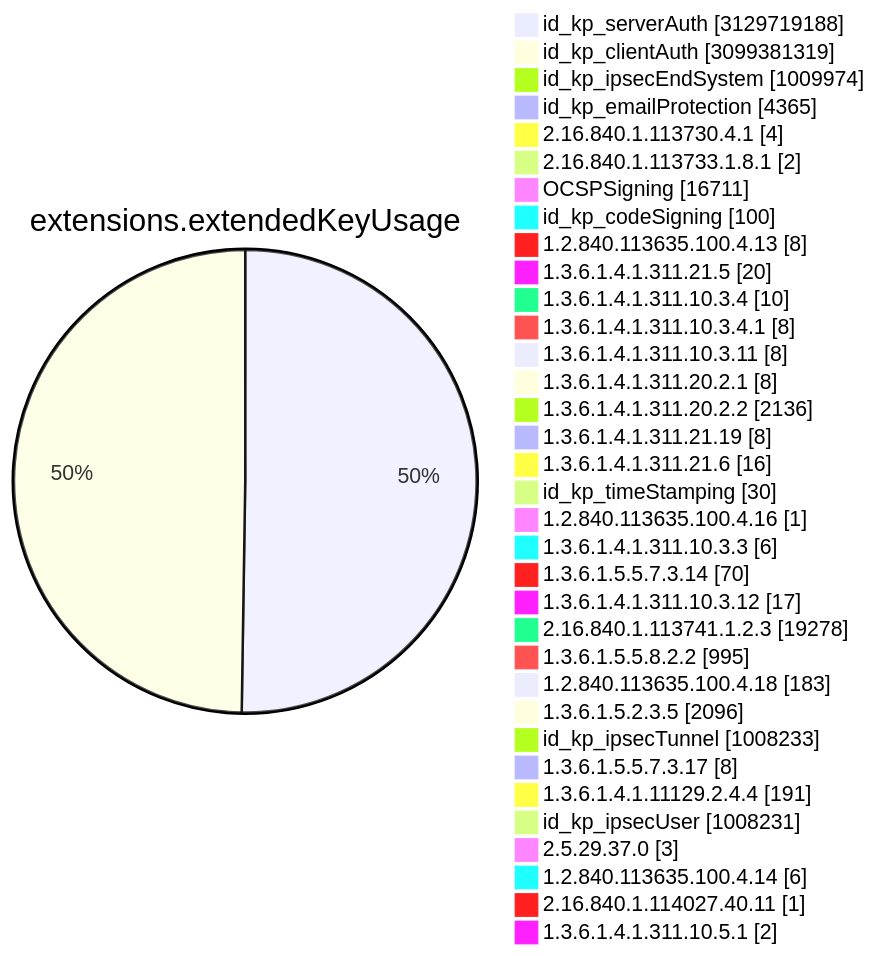
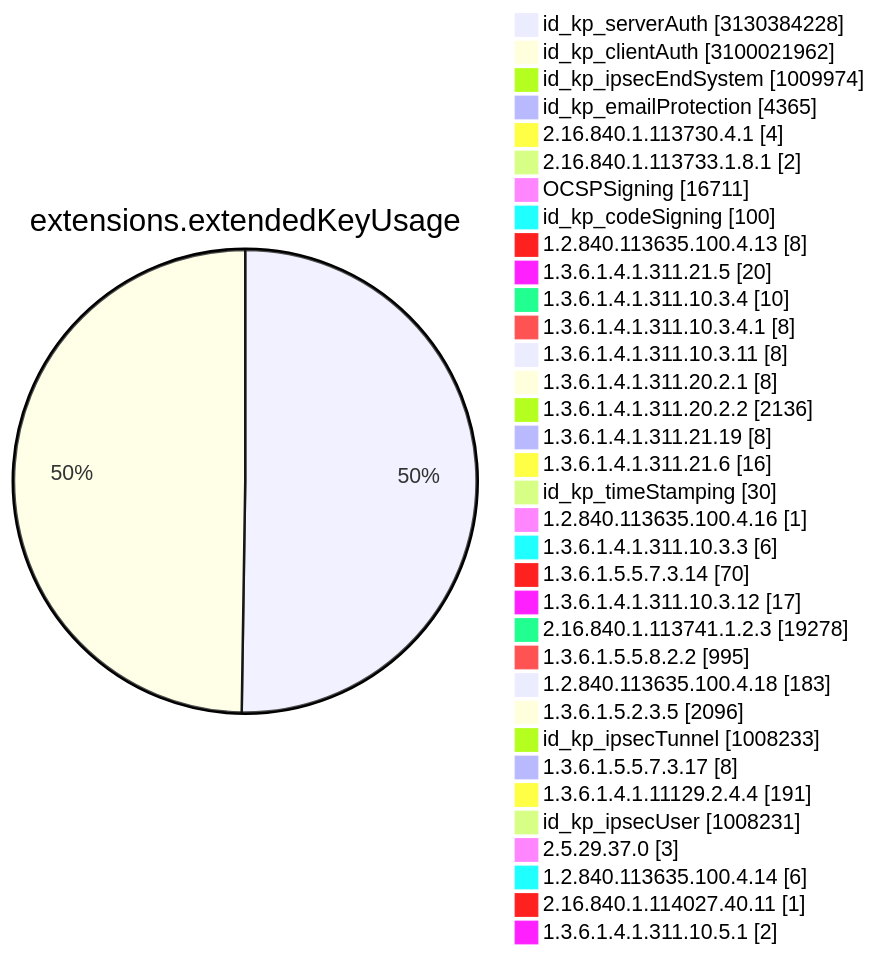
Diagram 11 of 15 in TOTAL/README.md (christiankrug/ctmonitor_visualization), drawn with Mermaid before and after one commit. The commit also changed other lines of this file, not shown here.

````diff
--- a/TOTAL/README.md
+++ b/TOTAL/README.md
@@ -4117,38 +4117,38 @@
 ```mermaid
 pie showData
 title extensions.extendedKeyUsage
-"id_kp_serverAuth" :3129719188
-"id_kp_clientAuth" :3099381319
+"id_kp_serverAuth" :3130384228
+"id_kp_clientAuth" :3100021962
 "id_kp_ipsecEndSystem" :1009974
 "id_kp_emailProtection" :4365
 "2.16.840.1.113730.4.1" :4
 "2.16.840.1.113733.1.8.1" :2
 "OCSPSigning" :16711
 "id_kp_codeSigning" :100
 "1.2.840.113635.100.4.13" :8
 "1.3.6.1.4.1.311.21.5" :20
 "1.3.6.1.4.1.311.10.3.4" :10
 "1.3.6.1.4.1.311.10.3.4.1" :8
 "1.3.6.1.4.1.311.10.3.11" :8
 "1.3.6.1.4.1.311.20.2.1" :8
 "1.3.6.1.4.1.311.20.2.2" :2136
 "1.3.6.1.4.1.311.21.19" :8
 "1.3.6.1.4.1.311.21.6" :16
 "id_kp_timeStamping" :30
 "1.2.840.113635.100.4.16" :1
 "1.3.6.1.4.1.311.10.3.3" :6
 "1.3.6.1.5.5.7.3.14" :70
 "1.3.6.1.4.1.311.10.3.12" :17
 "2.16.840.1.113741.1.2.3" :19278
 "1.3.6.1.5.5.8.2.2" :995
 "1.2.840.113635.100.4.18" :183
 "1.3.6.1.5.2.3.5" :2096
 "id_kp_ipsecTunnel" :1008233
 "1.3.6.1.5.5.7.3.17" :8
 "1.3.6.1.4.1.11129.2.4.4" :191
 "id_kp_ipsecUser" :1008231
 "2.5.29.37.0" :3
 "1.2.840.113635.100.4.14" :6
 "2.16.840.1.114027.40.11" :1
 "1.3.6.1.4.1.311.10.5.1" :2
 ```
````
